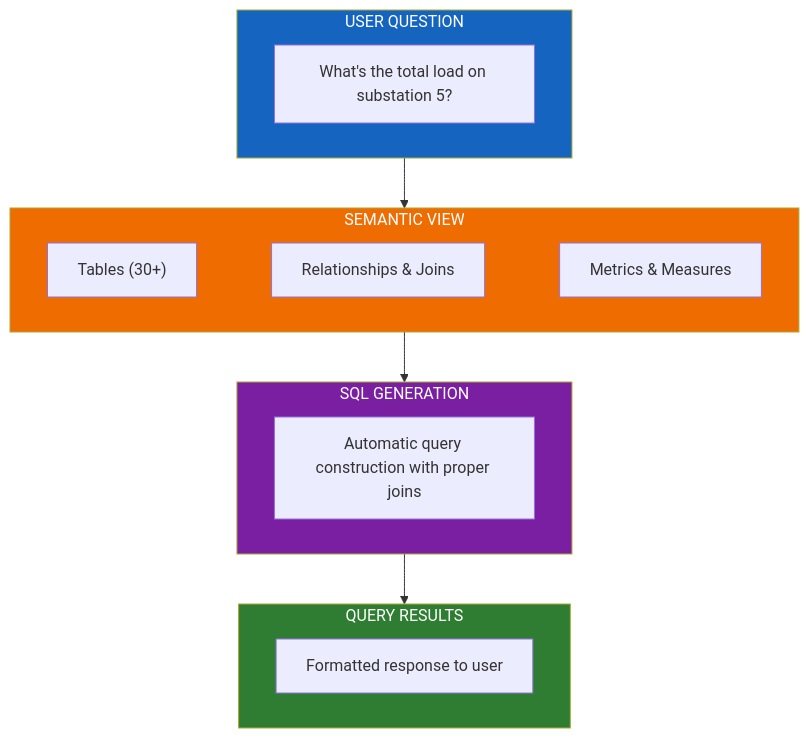
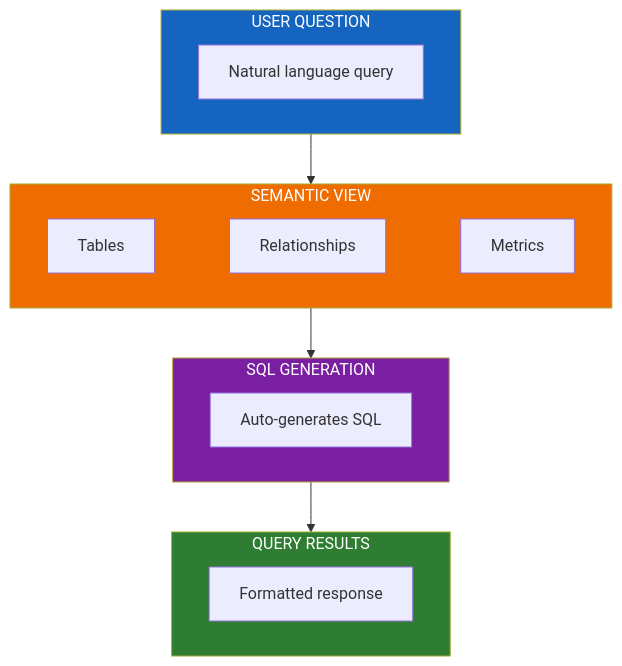
The first of 3 diagrams in docs/AI_ARCHITECTURE.md (sfc-gh-abannerjee/flux-utility-solutions), drawn with Mermaid before and after one commit. The commit also changed 1 other file, not shown here.

Commit message:
Fix diagram text truncation and add AI overview to ARCHITECTURE.md
- Shorten node labels to prevent text cutoff in Mermaid diagrams
- Add condensed AI Capabilities Overview section to ARCHITECTURE.md
- Shows Cortex Analyst, Search, and Agent at a glance with link to details

.... Generated with [Cortex Code](https://docs.snowflake.com/user-guide/snowflake-cortex/cortex-agents)

````diff
--- a/docs/AI_ARCHITECTURE.md
+++ b/docs/AI_ARCHITECTURE.md
@@ -11,25 +11,25 @@
 ```mermaid
 flowchart TB
     subgraph Question["USER QUESTION"]
-        Q["What's the total load on substation 5?"]
+        Q["Natural language query"]
     end
     
     subgraph Semantic["SEMANTIC VIEW"]
-        T["Tables (30+)"] ~~~ R["Relationships & Joins"] ~~~ M["Metrics & Measures"]
+        T["Tables"] ~~~ R["Relationships"] ~~~ M["Metrics"]
     end
     
     subgraph Generation["SQL GENERATION"]
-        G["Automatic query construction with proper joins"]
+        G["Auto-generates SQL"]
     end
     
     subgraph Results["QUERY RESULTS"]
-        RES["Formatted response to user"]
+        RES["Formatted response"]
     end
     
     Question --> Semantic --> Generation --> Results
     
     style Question fill:#1565c0,color:#fff
     style Semantic fill:#ef6c00,color:#fff
     style Generation fill:#7b1fa2,color:#fff
     style Results fill:#2e7d32,color:#fff
 ```
````
